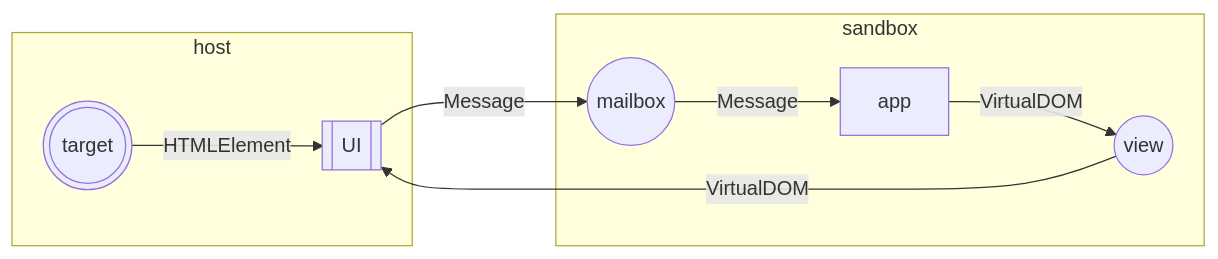
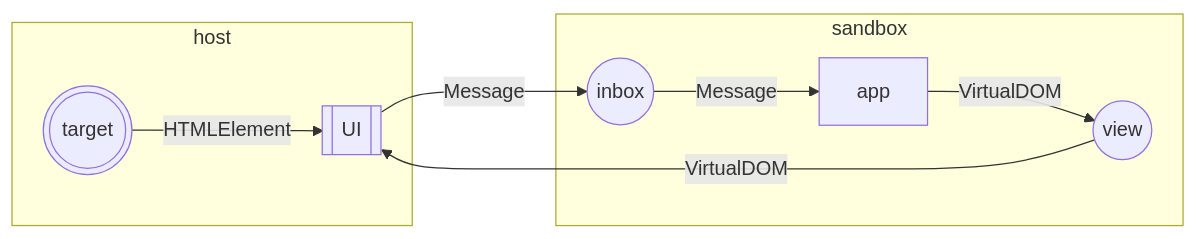
One commit to Gozala/workspace changed the diagram in journals/2024_06_14.md. Above: the diagram before and after it, drawn with Mermaid.

Commit message:
Auto saved by Logseq

````diff
--- a/journals/2024_06_14.md
+++ b/journals/2024_06_14.md
@@ -7,18 +7,18 @@
   ```mermaid
   flowchart LR
   target(((target)))
   view((view))
-  mailbox((mailbox))
+  inbox((inbox))
   UI[[UI]]
   app[app]
   
   subgraph host
   target -- HTMLElement --> UI
   end
   subgraph sandbox
   view -- VirtualDOM --> UI
-  UI -- Message --> mailbox 
-  mailbox -- Message --> app
+  UI -- Message --> inbox 
+  inbox -- Message --> app
   app -- VirtualDOM --> view
   end
   ```
````
